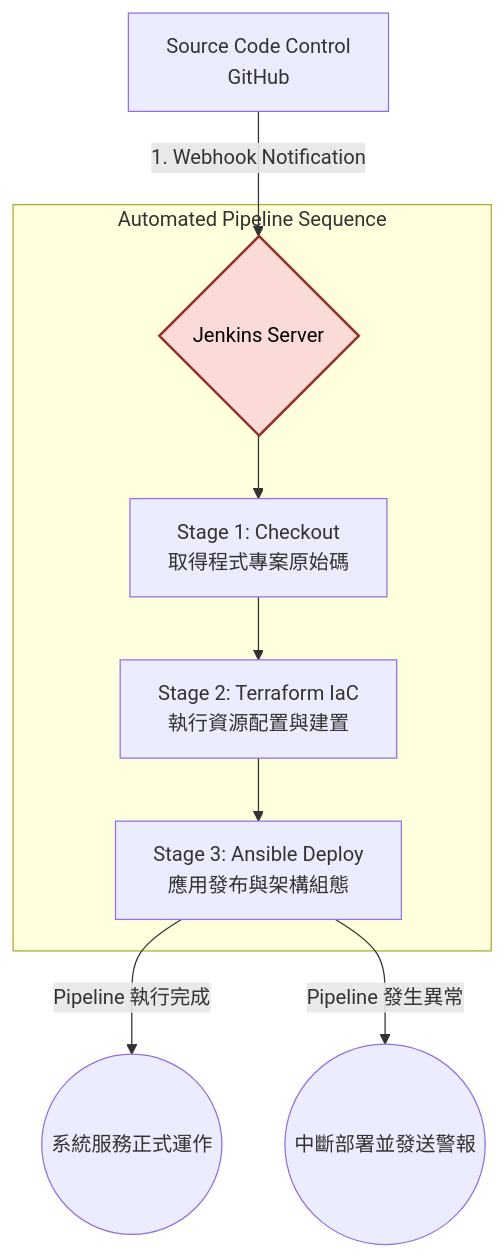
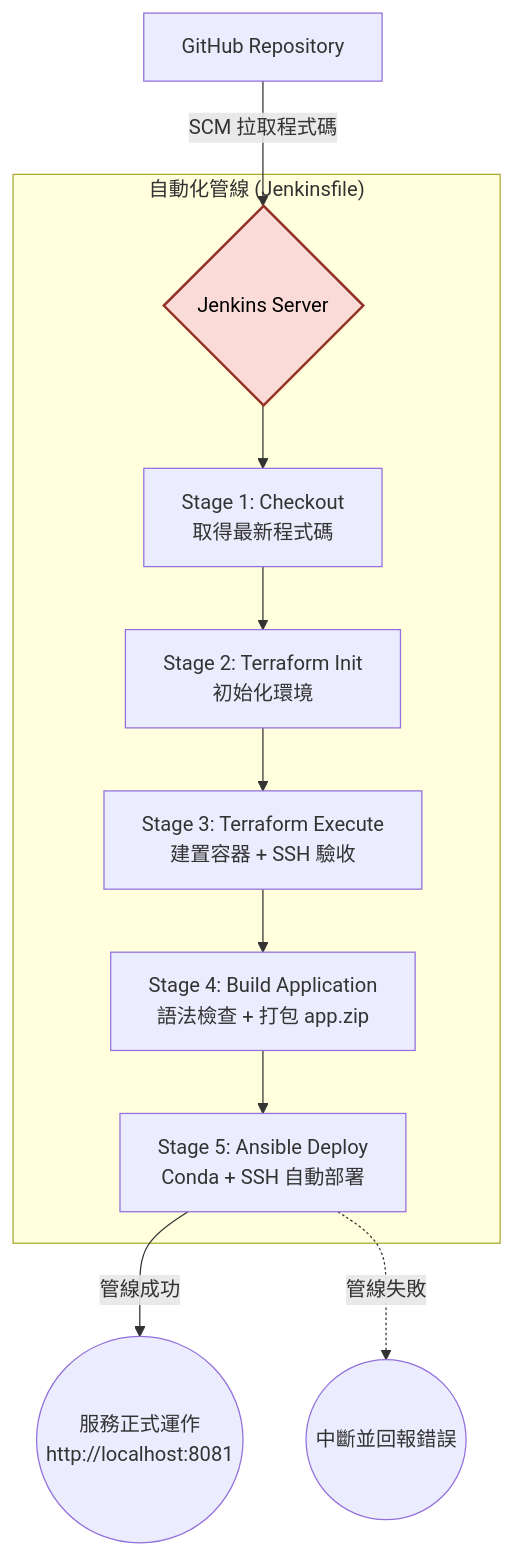
Before and after one commit to JeffLin0225/Infra-Provisioning-Flow: the diagram in jenkins-lab/README.md, drawn with Mermaid. The commit also changed other lines of this file and 8 other files, not shown here.

````diff
--- a/jenkins-lab/README.md
+++ b/jenkins-lab/README.md
@@ -18,16 +35,18 @@
 ```mermaid
 flowchart TD
-    A["Source Code Control<br>GitHub"] -->|"1. Webhook Notification"| B{Jenkins Server}
+    A["GitHub Repository"] -->|"SCM 拉取程式碼"| B{Jenkins Server}
     
-    subgraph Pipeline [Automated Pipeline Sequence]
-    B --> C["Stage 1: Checkout<br>取得程式專案原始碼"]
-    C --> D["Stage 2: Terraform IaC<br>執行資源配置與建置"]
-    D --> E["Stage 3: Ansible Deploy<br>應用發布與架構組態"]
+    subgraph Pipeline ["自動化管線 (Jenkinsfile)"]
+    B --> C["Stage 1: Checkout<br>取得最新程式碼"]
+    C --> D["Stage 2: Terraform Init<br>初始化環境"]
+    D --> E["Stage 3: Terraform Execute<br>建置容器 + SSH 驗收"]
+    E --> F["Stage 4: Build Application<br>語法檢查 + 打包 app.zip"]
+    F --> G["Stage 5: Ansible Deploy<br>Conda + SSH 自動部署"]
     end
     
-    E -->|Pipeline 執行完成| F((系統服務正式運作))
-    E -->|Pipeline 發生異常| G((中斷部署並發送警報))
+    G -->|"管線成功"| H(("服務正式運作<br>http://localhost:8081"))
+    G -.->|"管線失敗"| I(("中斷並回報錯誤"))
 
     classDef jek fill:#fadbd8,stroke:#943126,stroke-width:2px,color:#000;
     class B jek;
 ```
````
